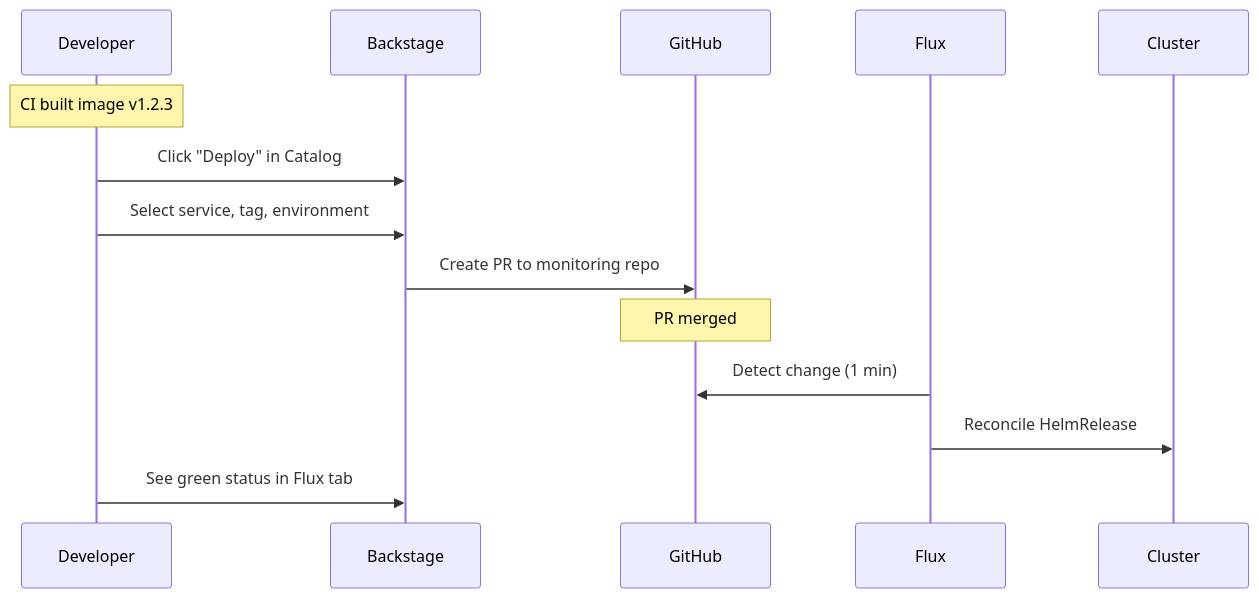
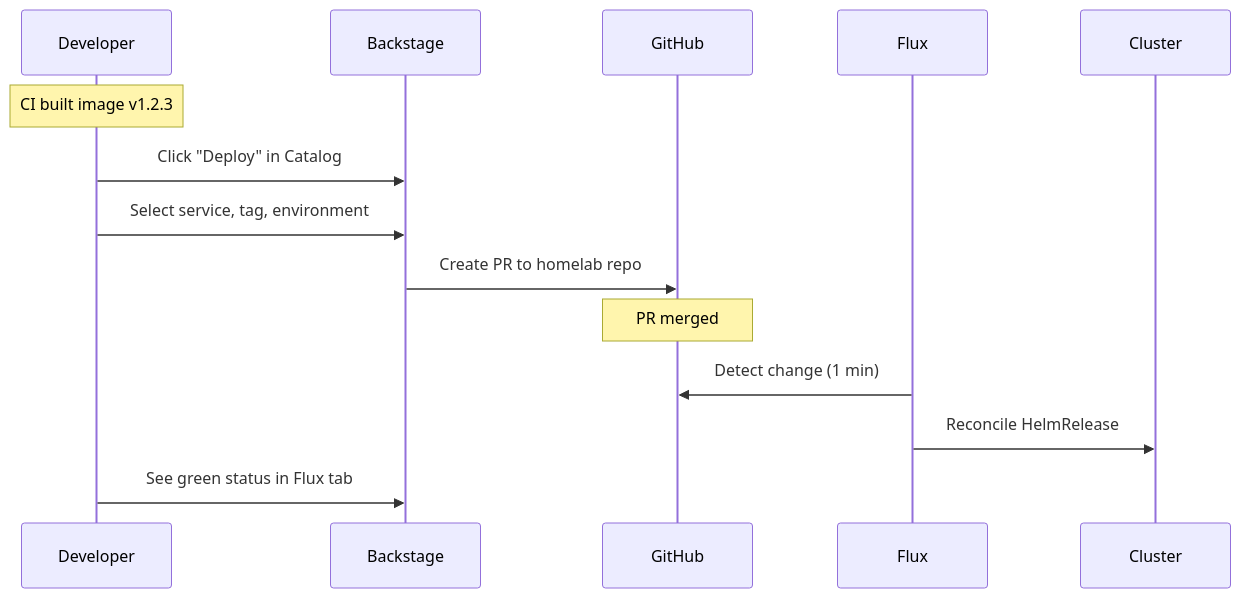
Before and after one commit to duynhlab/backstage: the second of 2 diagrams in README.md, drawn with Mermaid. The commit also changed other lines of this file and 2 other files, not shown here.

First line of the commit message:
docs: update all references from monitoring to homelab

````diff
--- a/README.md
+++ b/README.md
@@ -53,17 +53,17 @@
 ```mermaid
 sequenceDiagram
     participant Dev as Developer
     participant BS as Backstage
     participant GH as GitHub
     participant Flux as Flux
     participant K8s as Cluster
 
     Note over Dev: CI built image v1.2.3
     Dev->>BS: Click "Deploy" in Catalog
     Dev->>BS: Select service, tag, environment
-    BS->>GH: Create PR to monitoring repo
+    BS->>GH: Create PR to homelab repo
     Note over GH: PR merged
     Flux->>GH: Detect change (1 min)
     Flux->>K8s: Reconcile HelmRelease
     Dev->>BS: See green status in Flux tab
 ```
````
